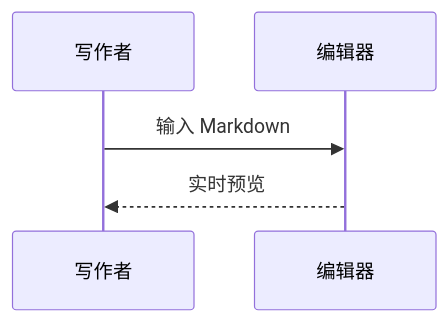
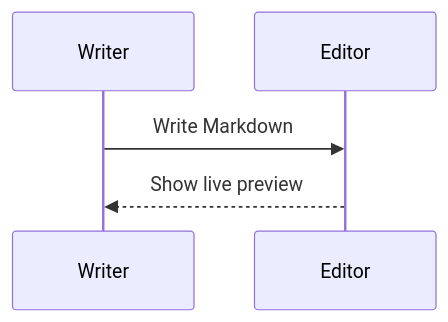
One commit to honkinglin/MarkEdit changed the second of 2 diagrams in examples/extended-markdown.md. Above: the diagram before and after it, drawn with Mermaid. The commit also changed other lines of this file and 46 other files, not shown here.

````diff
--- a/examples/extended-markdown.md
+++ b/examples/extended-markdown.md
@@ -21,7 +21,7 @@
 ```mermaid
 sequenceDiagram
-  participant Writer as 写作者
-  participant Editor as 编辑器
-  Writer->>Editor: 输入 Markdown
-  Editor-->>Writer: 实时预览
+  participant Writer
+  participant Editor
+  Writer->>Editor: Write Markdown
+  Editor-->>Writer: Show live preview
 ```
````
